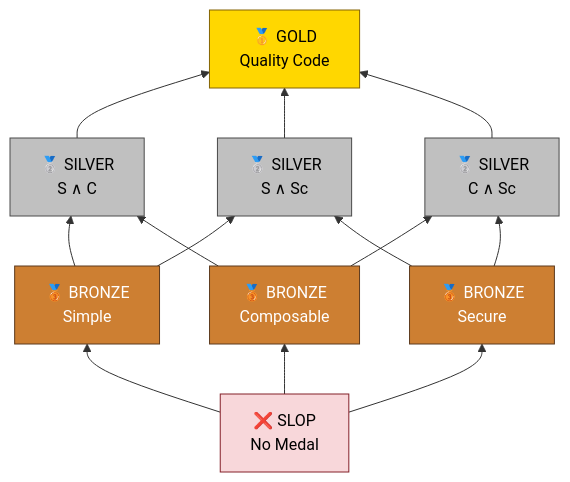
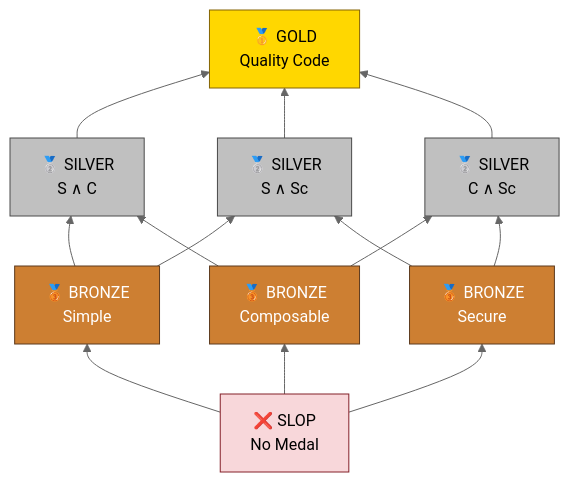
The diagram in README.md (Krv-Labs/topos), drawn with Mermaid before and after one commit. The commit also changed other lines of this file and 4 other files, not shown here.

````diff
--- a/README.md
+++ b/README.md
@@ -105,33 +161,38 @@
 ```mermaid
+---
+config:
+  layout: dagre
+  theme: neutral
+---
 graph BT
     SLOP["❌ SLOP<br/>No Medal"]
     SIMPLE["🥉 BRONZE<br/>Simple"]
     COMPOSABLE["🥉 BRONZE<br/>Composable"]
     SECURE["🥉 BRONZE<br/>Secure"]
     SC["🥈 SILVER<br/>S ∧ C"]
     SSc["🥈 SILVER<br/>S ∧ Sc"]
     CSc["🥈 SILVER<br/>C ∧ Sc"]
     IDEAL["🥇 GOLD<br/>Quality Code"]
 
     SLOP --> SIMPLE
     SLOP --> COMPOSABLE
     SLOP --> SECURE
     SIMPLE --> SC
     SIMPLE --> SSc
     COMPOSABLE --> SC
     COMPOSABLE --> CSc
     SECURE --> SSc
     SECURE --> CSc
     SC --> IDEAL
     SSc --> IDEAL
     CSc --> IDEAL
 
     style SLOP       fill:#f8d7da,stroke:#842029,color:#000
     style SIMPLE     fill:#cd7f32,stroke:#5c3a1e,color:#fff
     style COMPOSABLE fill:#cd7f32,stroke:#5c3a1e,color:#fff
     style SECURE     fill:#cd7f32,stroke:#5c3a1e,color:#fff
     style SC         fill:#c0c0c0,stroke:#4a4a4a,color:#000
     style SSc        fill:#c0c0c0,stroke:#4a4a4a,color:#000
     style CSc        fill:#c0c0c0,stroke:#4a4a4a,color:#000
     style IDEAL      fill:#ffd700,stroke:#856404,color:#000
 ```
````
